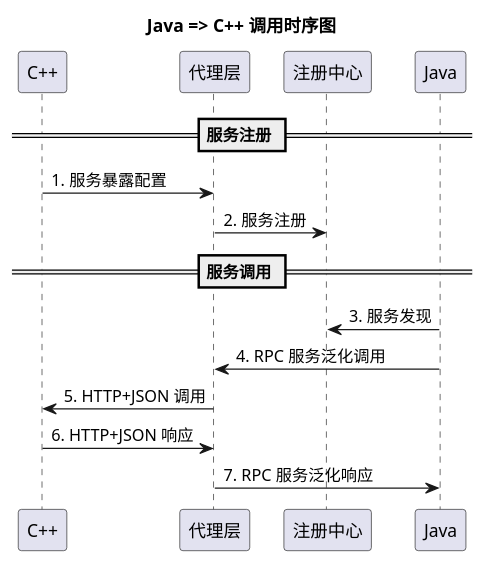
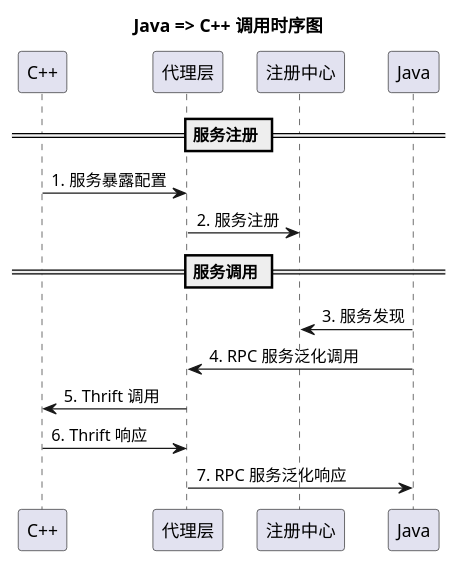
Before and after one commit to cngddflzw/demo-project: the diagram in demo-rpc-proxy/uml/java2heterogeneous.plantuml, drawn with PlantUML. The commit also changed 5 other files, not shown here.

Commit message:
增加架构图

```diff
--- a/demo-rpc-proxy/uml/java2heterogeneous.plantuml
+++ b/demo-rpc-proxy/uml/java2heterogeneous.plantuml
@@ -1,18 +1,18 @@
 @startuml
 
 title Java => C++ 调用时序图
 
 == 服务注册 ==
 
 "C++" -> 代理层: 1. 服务暴露配置
 代理层 -> 注册中心: 2. 服务注册
 
 == 服务调用 ==
 
 Java -> 注册中心: 3. 服务发现
 Java -> 代理层: 4. RPC 服务泛化调用
-代理层 -> "C++": 5. HTTP+JSON 调用
-"C++" -> 代理层: 6. HTTP+JSON 响应
+代理层 -> "C++": 5. Thrift 调用
+"C++" -> 代理层: 6. Thrift 响应
 代理层 -> Java: 7. RPC 服务泛化响应
 
 @enduml
```
